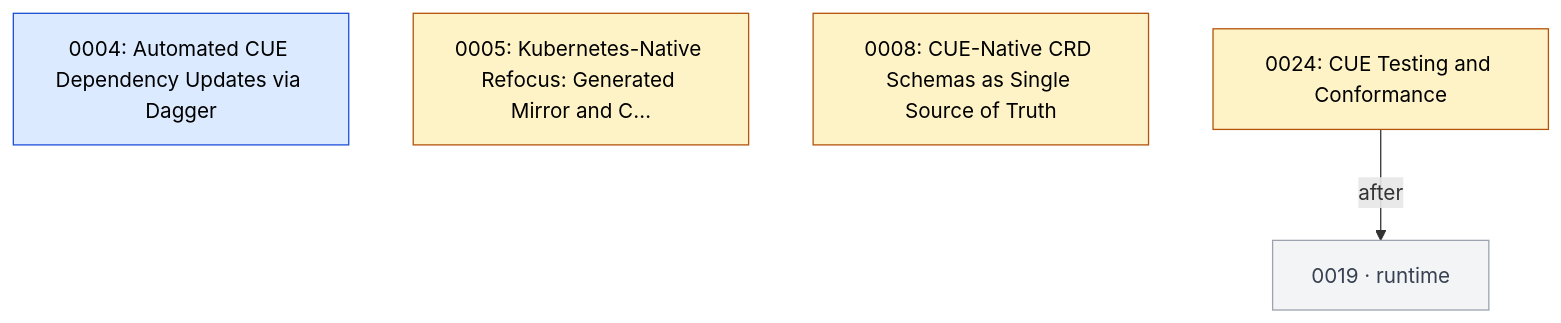
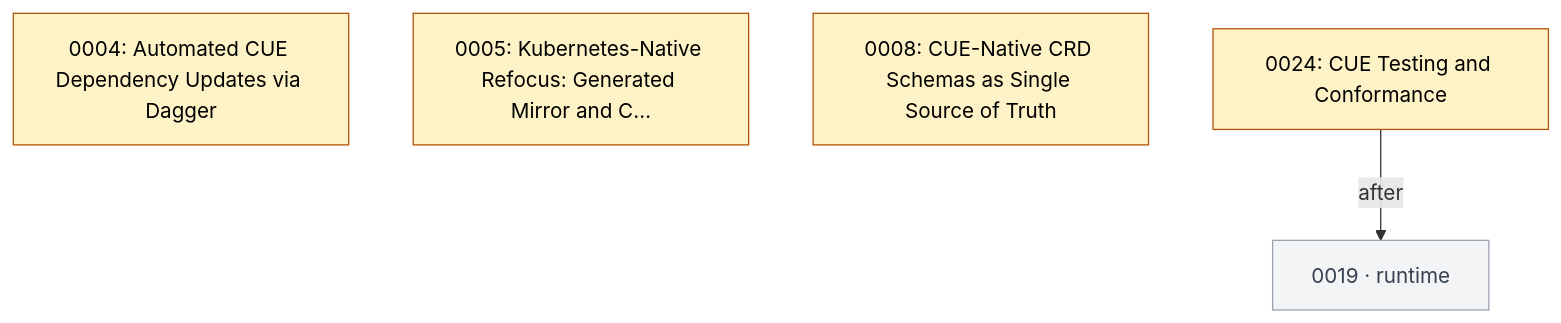
One commit to open-platform-model/enhancements changed the fifth of 6 diagrams in GRAPH.md. Above: the diagram before and after it, drawn with Mermaid. The commit also changed other lines of this file and 1 other file, not shown here.

Commit message:
chore: regenerate INDEX.md and GRAPH.md after the seeds and the first conversions

````diff
--- a/GRAPH.md
+++ b/GRAPH.md
@@ -177,19 +181,19 @@
 ```mermaid
 graph TD
   classDef draft       fill:#fef3c7,stroke:#b45309,color:#000
   classDef accepted    fill:#dbeafe,stroke:#1d4ed8,color:#000
   classDef rejected    fill:#fee2e2,stroke:#b91c1c,color:#7f1d1d,stroke-dasharray:4 2
   classDef withdrawn   fill:#fef2f2,stroke:#b91c1c,color:#7f1d1d,stroke-dasharray:1 3
   classDef superseded  fill:#e5e7eb,stroke:#6b7280,color:#6b7280
   classDef delivered   fill:#dcfce7,stroke:#15803d,color:#14532d
   classDef stub        fill:#f3f4f6,stroke:#9ca3af,color:#374151
   classDef category    fill:#ede9fe,stroke:#6d28d9,color:#000
 
-  N0004["0004: Automated CUE Dependency Updates via Dagger"]:::accepted
+  N0004["0004: Automated CUE Dependency Updates via Dagger"]:::draft
   N0005["0005: Kubernetes-Native Refocus: Generated Mirror and C…"]:::draft
   N0008["0008: CUE-Native CRD Schemas as Single Source of Truth"]:::draft
   N0024["0024: CUE Testing and Conformance"]:::draft
   N0019["0019 · runtime"]:::stub
 
   N0024 -->|after| N0019
 ```
````
